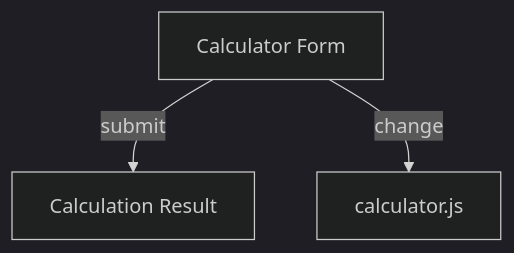
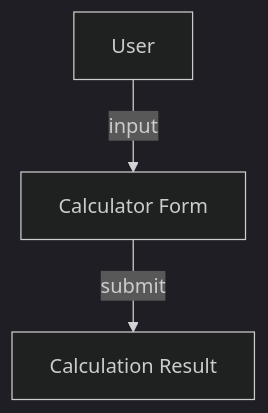
One commit to BicycleJeanre/ftrack changed the first of 2 diagrams in Documentation/calculator.md. Above: the diagram before and after it, drawn with Mermaid (dark theme). The commit also changed other lines of this file and 19 other files, not shown here.

````diff
--- a/Documentation/calculator.md
+++ b/Documentation/calculator.md
@@ -17,5 +22,5 @@
 ```mermaid
 flowchart TD
-  Form[Calculator Form] -->|submit| Result[Calculation Result]
-  Form -->|change| calculator.js
+  User[User] -->|input| CalculatorForm[Calculator Form]
+  CalculatorForm -->|submit| Result[Calculation Result]
 ```
````
